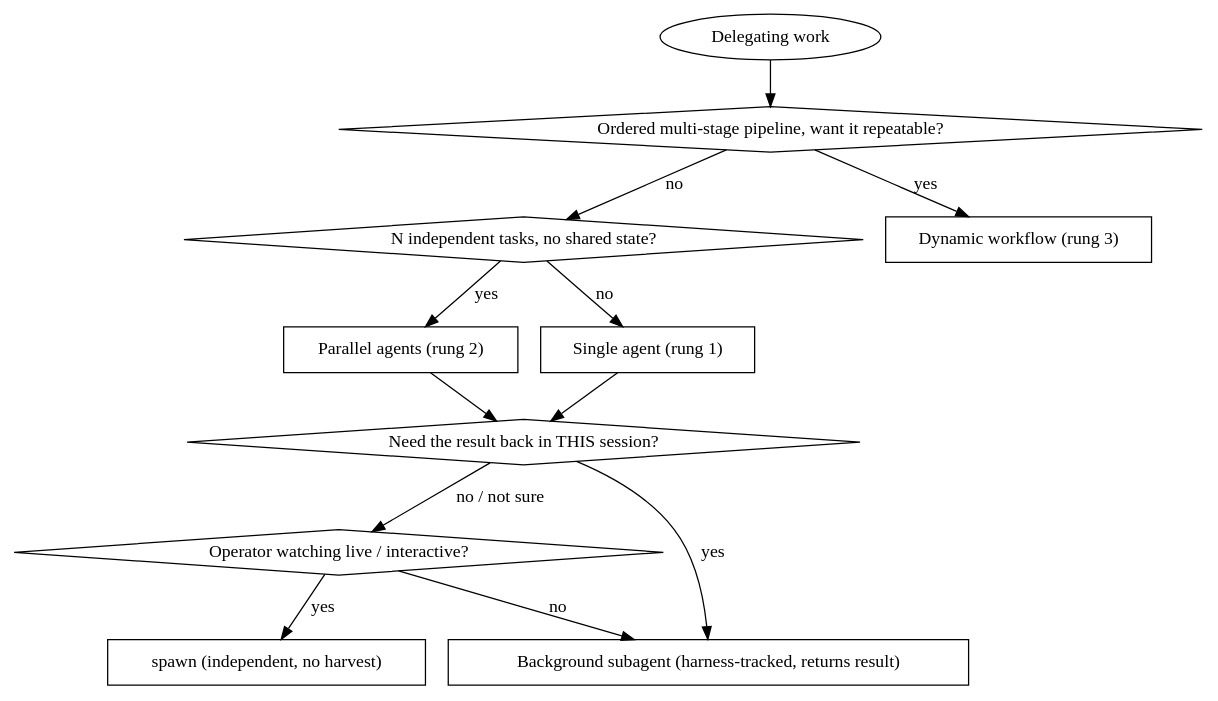
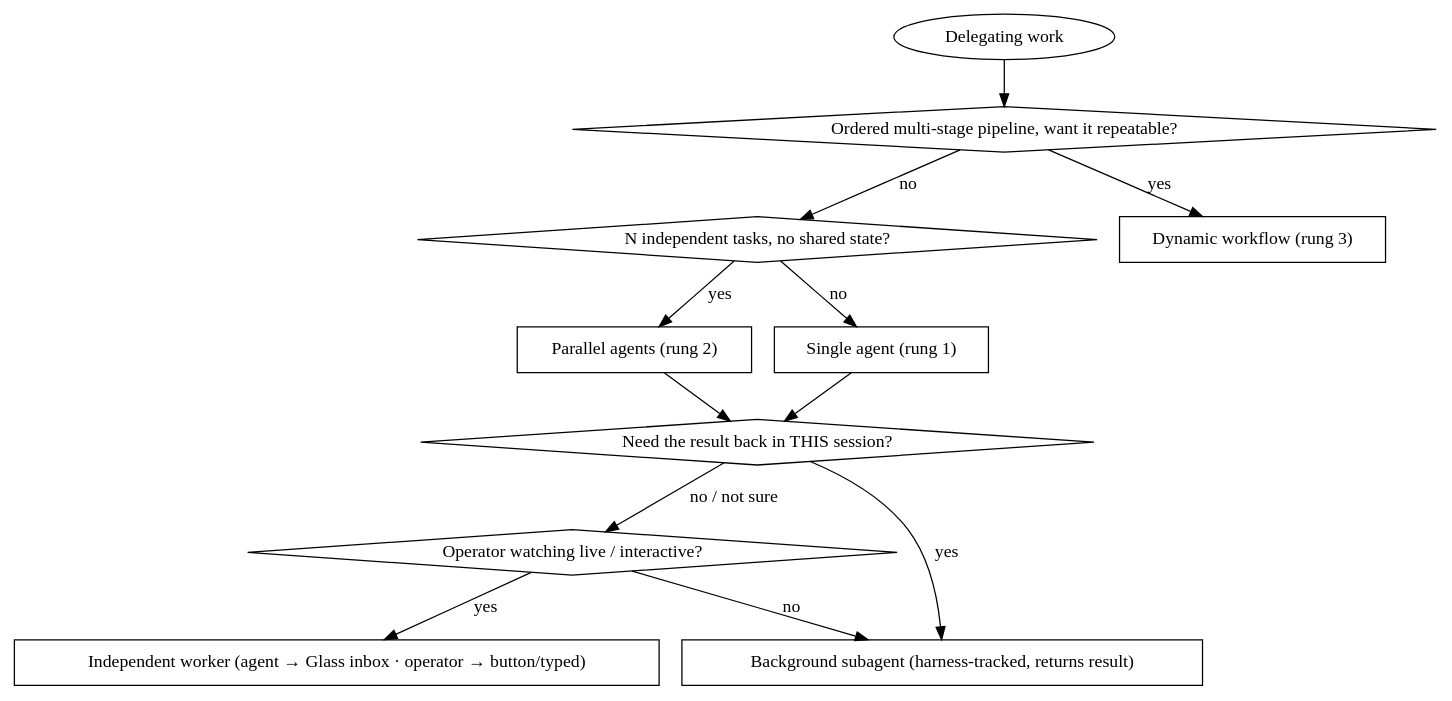
Before and after one commit to The-AIOS/aios: the diagram in skills/aios/orchestration-ladder/SKILL.md, drawn with Graphviz. The commit also changed other lines of this file and 4 other files, not shown here.

````diff
--- a/skills/aios/orchestration-ladder/SKILL.md
+++ b/skills/aios/orchestration-ladder/SKILL.md
@@ -45,28 +59,28 @@
 ```dot
 digraph orchestration {
   "Delegating work" [shape=oval];
   "N independent tasks, no shared state?" [shape=diamond];
   "Ordered multi-stage pipeline, want it repeatable?" [shape=diamond];
   "Need the result back in THIS session?" [shape=diamond];
   "Operator watching live / interactive?" [shape=diamond];
 
   "Parallel agents (rung 2)" [shape=box];
   "Dynamic workflow (rung 3)" [shape=box];
   "Single agent (rung 1)" [shape=box];
-  "spawn (independent, no harvest)" [shape=box];
+  "Independent worker (agent → Glass inbox · operator → button/typed)" [shape=box];
   "Background subagent (harness-tracked, returns result)" [shape=box];
 
   "Delegating work" -> "Ordered multi-stage pipeline, want it repeatable?";
   "Ordered multi-stage pipeline, want it repeatable?" -> "Dynamic workflow (rung 3)" [label="yes"];
   "Ordered multi-stage pipeline, want it repeatable?" -> "N independent tasks, no shared state?" [label="no"];
   "N independent tasks, no shared state?" -> "Parallel agents (rung 2)" [label="yes"];
   "N independent tasks, no shared state?" -> "Single agent (rung 1)" [label="no"];
 
   "Single agent (rung 1)" -> "Need the result back in THIS session?";
   "Parallel agents (rung 2)" -> "Need the result back in THIS session?";
   "Need the result back in THIS session?" -> "Background subagent (harness-tracked, returns result)" [label="yes"];
   "Need the result back in THIS session?" -> "Operator watching live / interactive?" [label="no / not sure"];
-  "Operator watching live / interactive?" -> "spawn (independent, no harvest)" [label="yes"];
+  "Operator watching live / interactive?" -> "Independent worker (agent → Glass inbox · operator → button/typed)" [label="yes"];
   "Operator watching live / interactive?" -> "Background subagent (harness-tracked, returns result)" [label="no"];
 }
 ```
````
